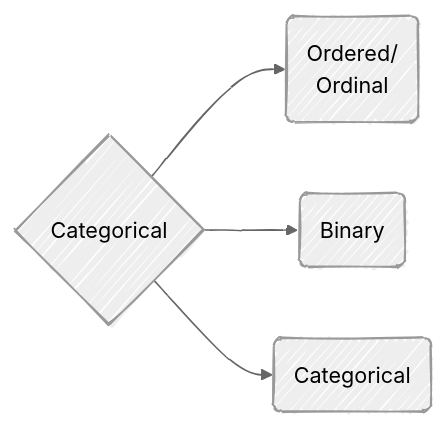
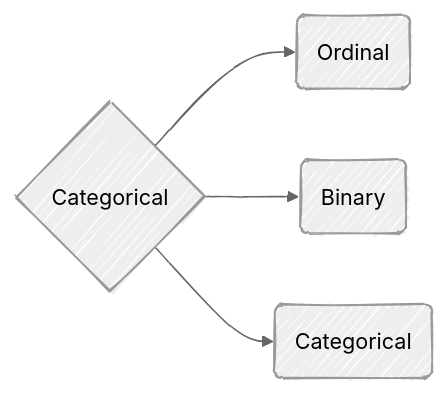
The first of 2 diagrams in notes/01-data.qmd (aluby/stat120), drawn with Mermaid before and after one commit. The commit also changed 4 other files, not shown here.

````diff
--- a/notes/01-data.qmd
+++ b/notes/01-data.qmd
@@ -36,13 +36,13 @@
 ```{mermaid, out.width = "70%"}
 %%| out-width: 70%
 %%| fig-align: center
 ---
 config:
   look: handDrawn
   theme: neutral
 ---
 flowchart LR
-  A{Categorical} --> B(Ordered/\nOrdinal)
+  A{Categorical} --> B(Ordinal)
   A --> C(Binary)
   A --> D(Categorical)
 ```
````
